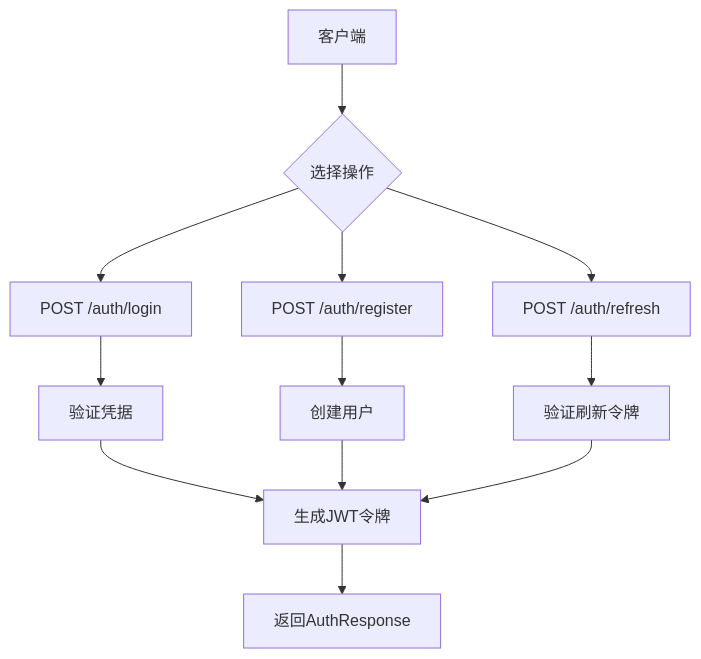
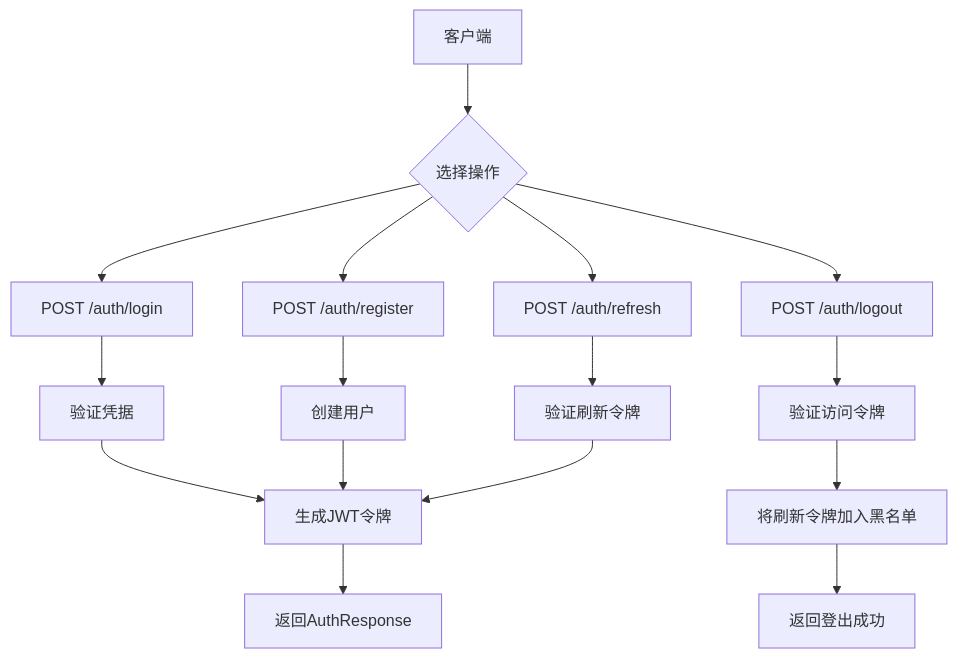
Before and after one commit to xixixiaoyu/vue3-nest-template: the first of 6 diagrams in .qoder/repowiki/zh/content/API 参考/RESTful API/认证 API.md, drawn with Mermaid. The commit also changed other lines of this file and 5 other files, not shown here.

````diff
--- a/.qoder/repowiki/zh/content/API 参考/RESTful API/认证 API.md
+++ b/.qoder/repowiki/zh/content/API 参考/RESTful API/认证 API.md
@@ -64,14 +72,18 @@
 ```mermaid
 flowchart TD
 A[客户端] --> B{选择操作}
 B --> C[POST /auth/login]
 B --> D[POST /auth/register]
 B --> E[POST /auth/refresh]
-C --> F[验证凭据]
-D --> G[创建用户]
-E --> H[验证刷新令牌]
-F --> I[生成JWT令牌]
-G --> I
-H --> I
-I --> J[返回AuthResponse]
+B --> F[POST /auth/logout]
+C --> G[验证凭据]
+D --> H[创建用户]
+E --> I[验证刷新令牌]
+F --> J[验证访问令牌]
+G --> K[生成JWT令牌]
+H --> K
+I --> K
+J --> L[将刷新令牌加入黑名单]
+K --> M[返回AuthResponse]
+L --> N[返回登出成功]
 ```
````
